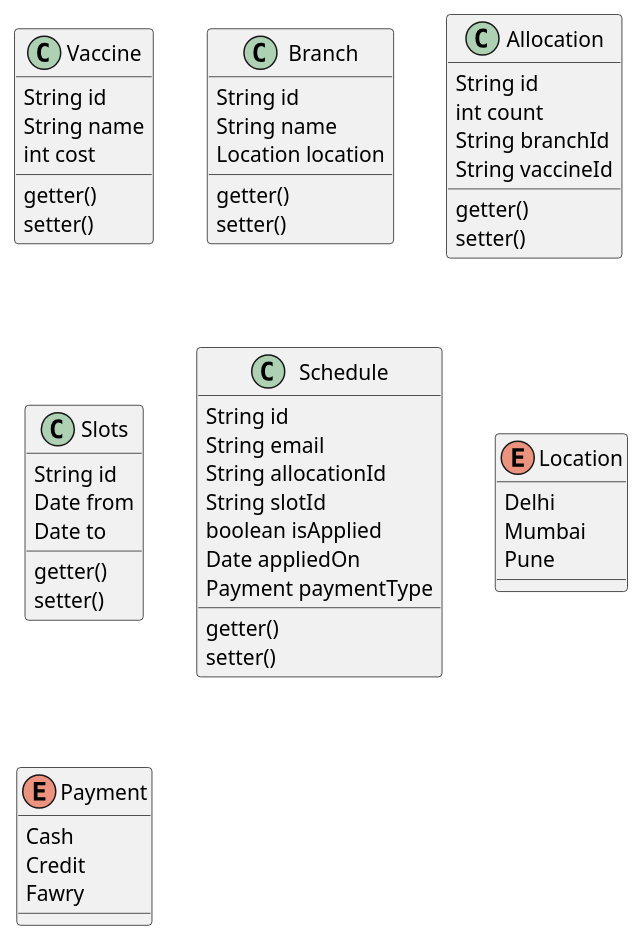
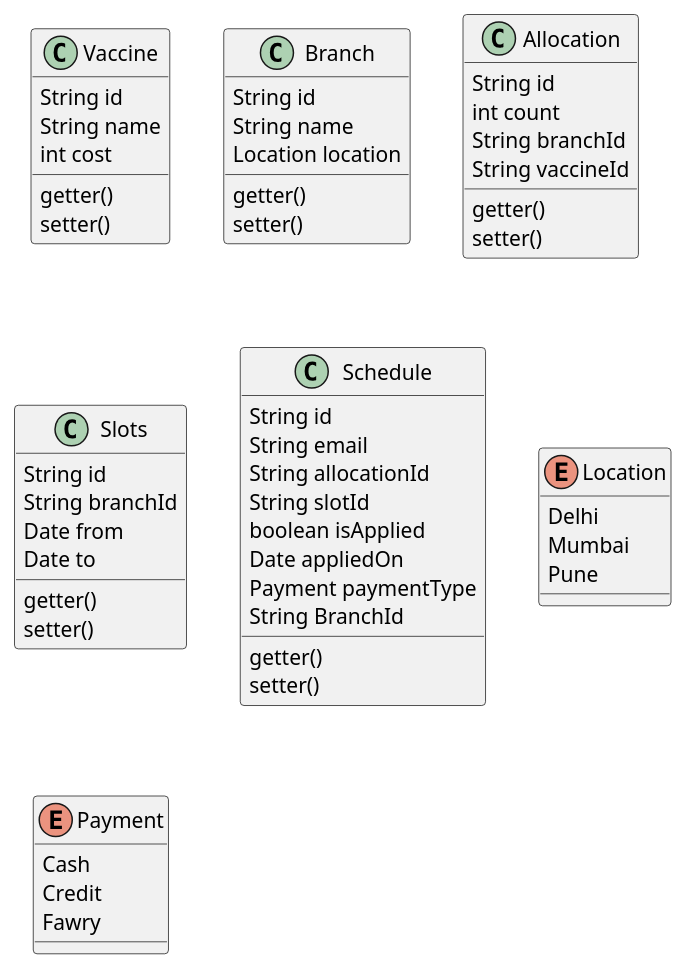
The diagram in classDiagram_vaccnow.puml (ankitech/vaccnow), drawn with PlantUML before and after one commit. The commit also changed 14 other files, not shown here.

```diff
--- a/classDiagram_vaccnow.puml
+++ b/classDiagram_vaccnow.puml
@@ -1,59 +1,61 @@
 @startuml
 
 class Vaccine {
 String id
 String name
 int cost
 getter()
 setter()
 }
 
 class Branch {
 String id
 String name
 Location location
 getter()
 setter()
 }
 
 class Allocation {
 String id
 int count
 String branchId
 String vaccineId
 getter()
 setter()
 }
 
 class Slots{
 String id
+String branchId
 Date from
 Date to
 getter()
 setter()
 }
 
 class Schedule{
 String id
 String email
 String allocationId
 String slotId
 boolean isApplied
 Date appliedOn
 Payment paymentType
+String BranchId
 getter()
 setter()
 }
 
 enum Location {
 Delhi
 Mumbai
 Pune
 }
 
 enum Payment {
 Cash
 Credit
 Fawry
 }
 @enduml
```
